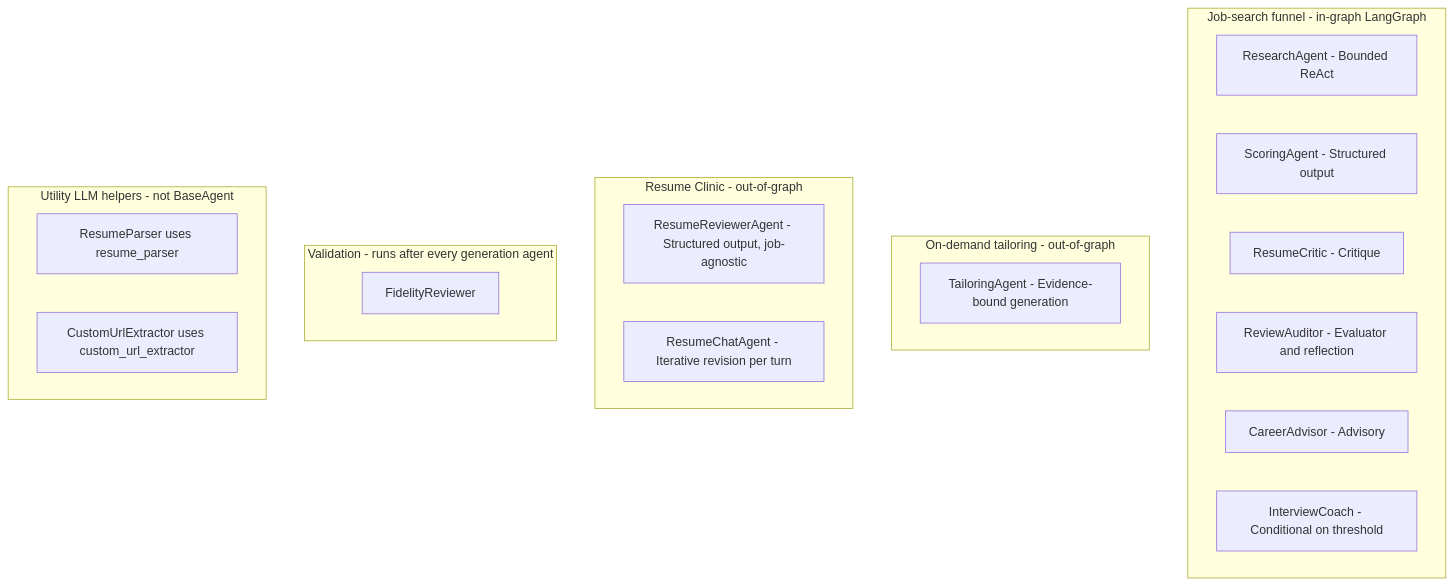
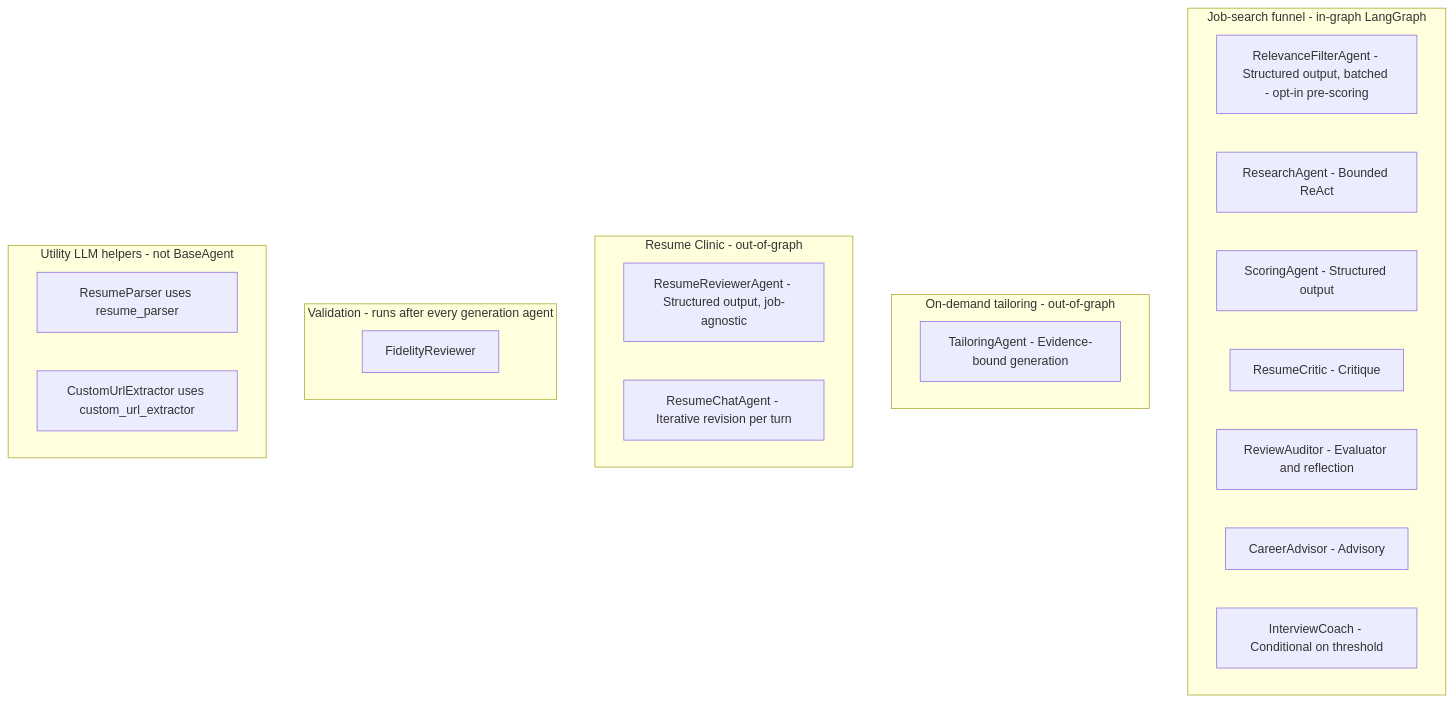
The diagram in docs/architecture/agent_graph_overview.md (suthrams/jobsearchagent-v2), drawn with Mermaid before and after one commit. The commit also changed other lines of this file and 24 other files, not shown here.

````diff
--- a/docs/architecture/agent_graph_overview.md
+++ b/docs/architecture/agent_graph_overview.md
@@ -22,29 +22,30 @@
 ```mermaid
 flowchart TB
     subgraph Funnel [Job-search funnel - in-graph LangGraph]
+        a0[RelevanceFilterAgent - Structured output, batched - opt-in pre-scoring]
         a1[ResearchAgent - Bounded ReAct]
         a2[ScoringAgent - Structured output]
         a3[ResumeCritic - Critique]
         a4[ReviewAuditor - Evaluator and reflection]
         a5[CareerAdvisor - Advisory]
         a6[InterviewCoach - Conditional on threshold]
     end
 
     subgraph Tailoring [On-demand tailoring - out-of-graph]
         a7[TailoringAgent - Evidence-bound generation]
     end
 
     subgraph Clinic [Resume Clinic - out-of-graph]
         a8[ResumeReviewerAgent - Structured output, job-agnostic]
         a9[ResumeChatAgent - Iterative revision per turn]
     end
 
     subgraph Guardrail [Validation - runs after every generation agent]
         a10[FidelityReviewer]
     end
 
     subgraph Helpers [Utility LLM helpers - not BaseAgent]
         a11[ResumeParser uses resume_parser]
         a12[CustomUrlExtractor uses custom_url_extractor]
     end
 ```
````
